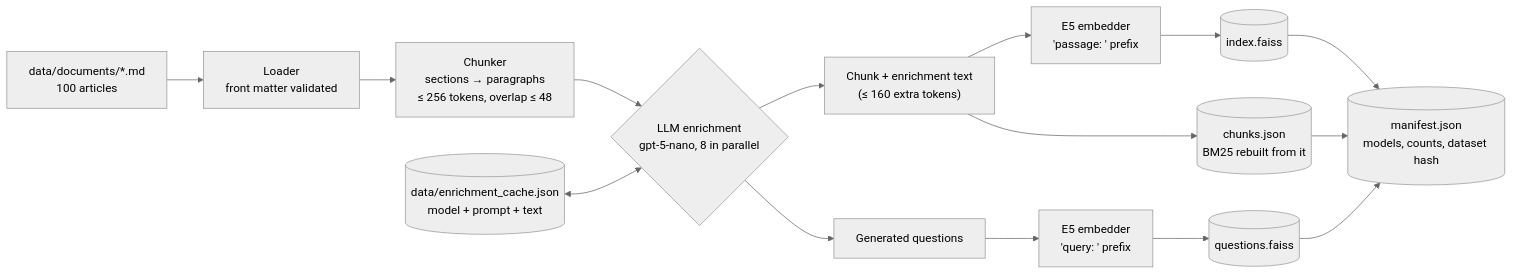
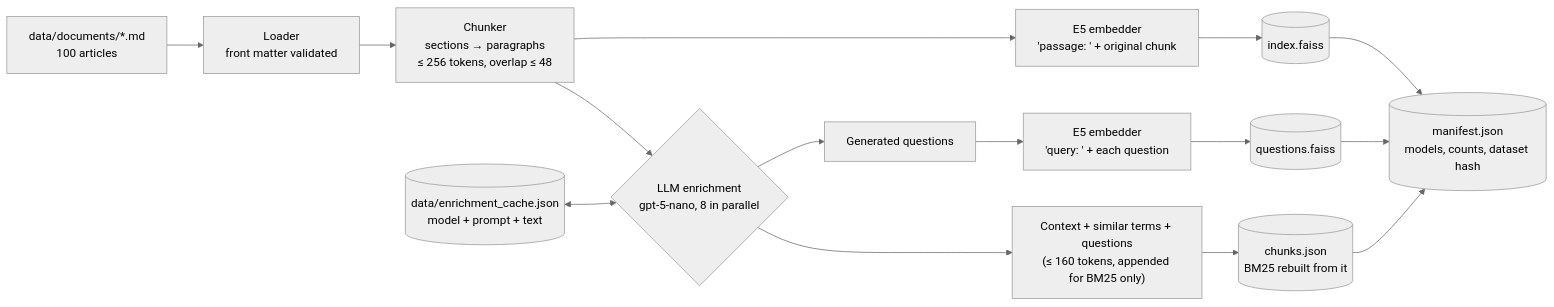
The second of 2 diagrams in 03/semantic_search/README.md (augustobook/backend-ai-dot), drawn with Mermaid (neutral theme) before and after one commit. The commit also changed other lines of this file and 13 other files, not shown here.

````diff
--- a/03/semantic_search/README.md
+++ b/03/semantic_search/README.md
@@ -169,15 +170,15 @@
 ```mermaid
 flowchart LR
     D["data/documents/*.md<br/>100 articles"] --> L["Loader<br/>front matter validated"]
     L --> C["Chunker<br/>sections → paragraphs<br/>≤ 256 tokens, overlap ≤ 48"]
     C --> EN{"LLM enrichment<br/>gpt-5-nano, 8 in parallel"}
     CACHE[("data/enrichment_cache.json<br/>model + prompt + text")] <--> EN
-    EN --> T["Chunk + enrichment text<br/>(≤ 160 extra tokens)"]
+    C --> EMB["E5 embedder<br/>'passage: ' + original chunk"]
+    EN --> T["Context + similar terms + questions<br/>(≤ 160 tokens, appended for BM25 only)"]
     EN --> QS["Generated questions"]
-    T --> EMB["E5 embedder<br/>'passage: ' prefix"]
-    QS --> EMBQ["E5 embedder<br/>'query: ' prefix"]
+    QS --> EMBQ["E5 embedder<br/>'query: ' + each question"]
     EMB --> I1[("index.faiss")]
     EMBQ --> I2[("questions.faiss")]
     T --> J[("chunks.json<br/>BM25 rebuilt from it")]
     I1 & I2 & J --> MF[("manifest.json<br/>models, counts, dataset hash")]
 ```
````
